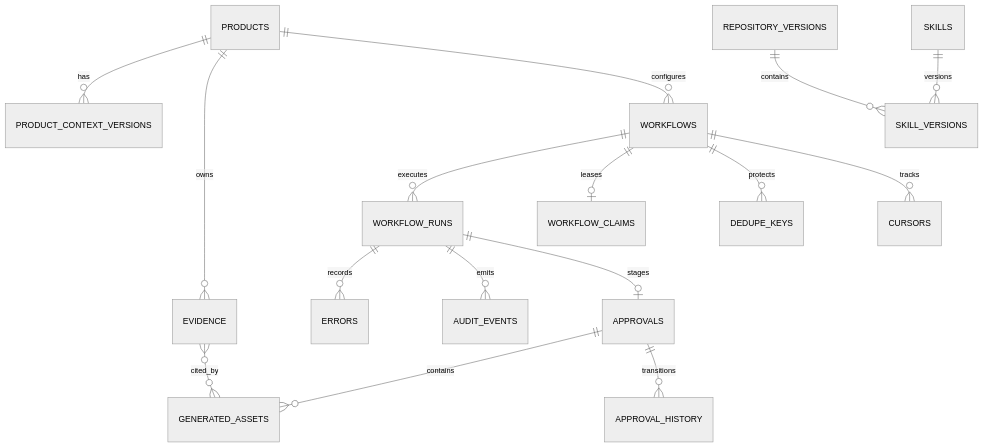
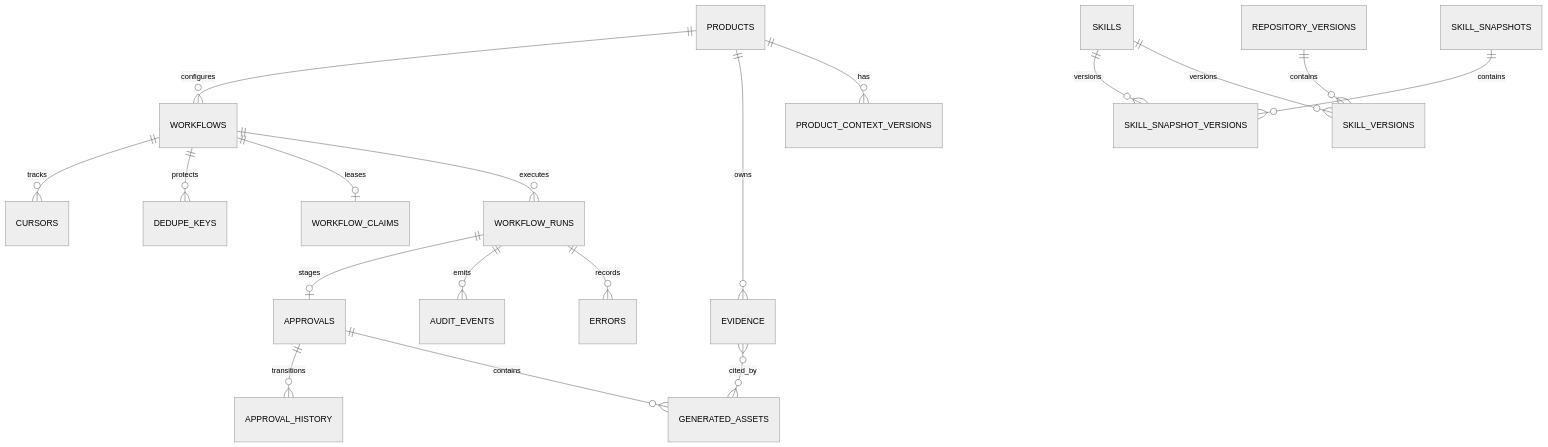
One commit to 0merUfuk/marketing-os changed the diagram in docs/database.md. Above: the diagram before and after it, drawn with Mermaid (neutral theme). The commit also changed other lines of this file and 63 other files, not shown here.

````diff
--- a/docs/database.md
+++ b/docs/database.md
@@ -7,18 +7,20 @@
 ```mermaid
 erDiagram
   PRODUCTS ||--o{ PRODUCT_CONTEXT_VERSIONS : has
   PRODUCTS ||--o{ EVIDENCE : owns
   PRODUCTS ||--o{ WORKFLOWS : configures
   WORKFLOWS ||--o{ WORKFLOW_RUNS : executes
   WORKFLOWS ||--o| WORKFLOW_CLAIMS : leases
   WORKFLOW_RUNS ||--o{ ERRORS : records
   WORKFLOW_RUNS ||--o{ AUDIT_EVENTS : emits
   WORKFLOW_RUNS ||--o| APPROVALS : stages
   APPROVALS ||--o{ GENERATED_ASSETS : contains
   APPROVALS ||--o{ APPROVAL_HISTORY : transitions
   EVIDENCE }o--o{ GENERATED_ASSETS : cited_by
   REPOSITORY_VERSIONS ||--o{ SKILL_VERSIONS : contains
+  SKILL_SNAPSHOTS ||--o{ SKILL_SNAPSHOT_VERSIONS : contains
   SKILLS ||--o{ SKILL_VERSIONS : versions
+  SKILLS ||--o{ SKILL_SNAPSHOT_VERSIONS : versions
   WORKFLOWS ||--o{ DEDUPE_KEYS : protects
   WORKFLOWS ||--o{ CURSORS : tracks
 ```
````
